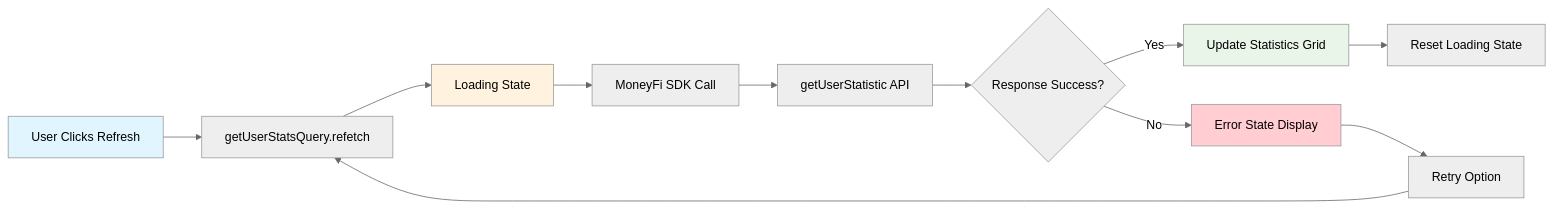
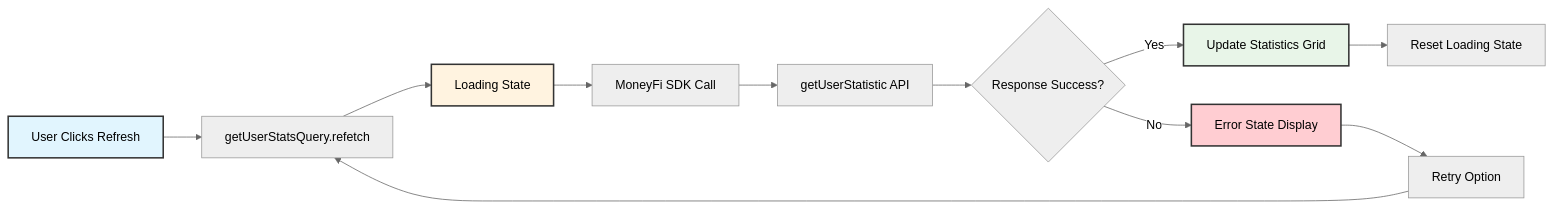
Before and after one commit to MoneyFi-fund/moneyfi-SDK-example: the fourth of 6 diagrams in README.md, drawn with Mermaid (neutral theme). The commit also changed other lines of this file, not shown here.

Commit message:
Improve flowchart diagrams in README: Adjust flowchart styles and layouts for better clarity in deposit, withdrawal, and statistics refresh processes

````diff
--- a/README.md
+++ b/README.md
@@ -559,18 +573,23 @@
 ```mermaid
 flowchart LR
+    %% First line: left to right
     A[User Clicks Refresh] --> B[getUserStatsQuery.refetch]
     B --> C[Loading State]
     C --> D[MoneyFi SDK Call]
     D --> E[getUserStatistic API]
+
+    %% Second line: right to left (snake pattern)
     E --> F{Response Success?}
     F -->|Yes| G[Update Statistics Grid]
     F -->|No| H[Error State Display]
     G --> I[Reset Loading State]
+
+    %% Third line: left to right (retry loop)
     H --> J[Retry Option]
     J --> B
 
-    style A fill:#e1f5fe
-    style C fill:#fff3e0
-    style G fill:#e8f5e8
-    style H fill:#ffcdd2
+    style A fill:#e1f5fe,color:#000,stroke:#333,stroke-width:2px
+    style C fill:#fff3e0,color:#000,stroke:#333,stroke-width:2px
+    style G fill:#e8f5e8,color:#000,stroke:#333,stroke-width:2px
+    style H fill:#ffcdd2,color:#000,stroke:#333,stroke-width:2px
 ```
````
